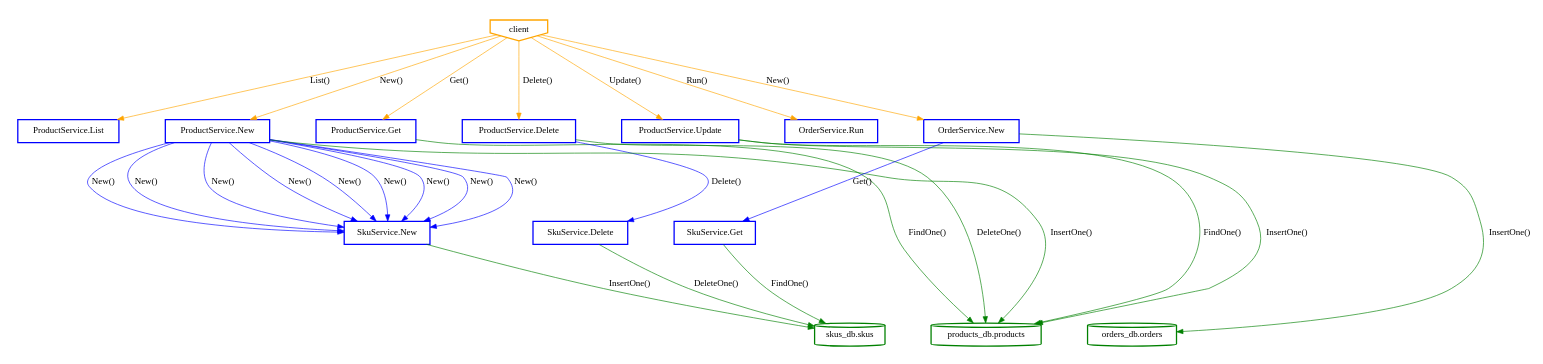
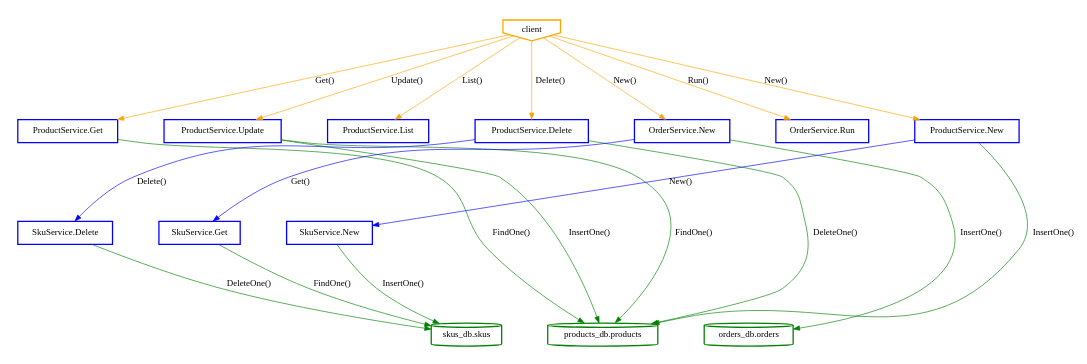
Before and after one commit to aletheia-microservices/aletheia: the diagram in ssa_analysis/analyzer/output/digota/abstractcallgraph.dot, drawn with Graphviz. The commit also changed 95 other files, not shown here.

```diff
--- a/ssa_analysis/analyzer/output/digota/abstractcallgraph.dot
+++ b/ssa_analysis/analyzer/output/digota/abstractcallgraph.dot
@@ -1,55 +1,47 @@
 digraph G {
 	rankdir=TD;
 	ranksep=1.5;
 	nodesep=1;
 	subgraph cluster_clients {
 		style=invis;
 		N_client [label="client", style=bold, shape=invhouse, color="orange"];
 	}
 	subgraph cluster_services {
 		style=invis;
 		N_ProductService_Get [label="ProductService.Get", style=bold, shape=box, color="blue"];
+		N_ProductService_Update [label="ProductService.Update", style=bold, shape=box, color="blue"];
+		N_SkuService_New [label="SkuService.New", style=bold, shape=box, color="blue"];
 		N_ProductService_List [label="ProductService.List", style=bold, shape=box, color="blue"];
 		N_ProductService_Delete [label="ProductService.Delete", style=bold, shape=box, color="blue"];
+		N_OrderService_New [label="OrderService.New", style=bold, shape=box, color="blue"];
 		N_SkuService_Get [label="SkuService.Get", style=bold, shape=box, color="blue"];
-		N_ProductService_New [label="ProductService.New", style=bold, shape=box, color="blue"];
-		N_SkuService_New [label="SkuService.New", style=bold, shape=box, color="blue"];
-		N_ProductService_Update [label="ProductService.Update", style=bold, shape=box, color="blue"];
 		N_OrderService_Run [label="OrderService.Run", style=bold, shape=box, color="blue"];
 		N_SkuService_Delete [label="SkuService.Delete", style=bold, shape=box, color="blue"];
-		N_OrderService_New [label="OrderService.New", style=bold, shape=box, color="blue"];
+		N_ProductService_New [label="ProductService.New", style=bold, shape=box, color="blue"];
 	}
 	subgraph cluster_databases {
 		style=invis;
+		N_skus_db_skus [label="skus_db.skus", style=bold, shape=cylinder, color="green"];
+		N_orders_db_orders [label="orders_db.orders", style=bold, shape=cylinder, color="green"];
 		N_products_db_products [label="products_db.products", style=bold, shape=cylinder, color="green"];
-		N_orders_db_orders [label="orders_db.orders", style=bold, shape=cylinder, color="green"];
-		N_skus_db_skus [label="skus_db.skus", style=bold, shape=cylinder, color="green"];
 	}
 	N_client -> N_OrderService_New [label="New()", color=orange];
 	N_OrderService_New -> N_SkuService_Get [label="Get()", color=blue];
 	N_OrderService_New -> N_orders_db_orders [label="InsertOne()", color=green];
 	N_SkuService_Get -> N_skus_db_skus [label="FindOne()", color=green];
 	N_client -> N_OrderService_Run [label="Run()", color=orange];
 	N_client -> N_ProductService_New [label="New()", color=orange];
-	N_ProductService_New -> N_SkuService_New [label="New()", color=blue];
-	N_ProductService_New -> N_SkuService_New [label="New()", color=blue];
-	N_ProductService_New -> N_SkuService_New [label="New()", color=blue];
-	N_ProductService_New -> N_SkuService_New [label="New()", color=blue];
-	N_ProductService_New -> N_SkuService_New [label="New()", color=blue];
-	N_ProductService_New -> N_SkuService_New [label="New()", color=blue];
-	N_ProductService_New -> N_SkuService_New [label="New()", color=blue];
-	N_ProductService_New -> N_SkuService_New [label="New()", color=blue];
 	N_ProductService_New -> N_products_db_products [label="InsertOne()", color=green];
 	N_ProductService_New -> N_SkuService_New [label="New()", color=blue];
 	N_SkuService_New -> N_skus_db_skus [label="InsertOne()", color=green];
 	N_client -> N_ProductService_Get [label="Get()", color=orange];
 	N_ProductService_Get -> N_products_db_products [label="FindOne()", color=green];
 	N_client -> N_ProductService_List [label="List()", color=orange];
 	N_client -> N_ProductService_Update [label="Update()", color=orange];
 	N_ProductService_Update -> N_products_db_products [label="FindOne()", color=green];
 	N_ProductService_Update -> N_products_db_products [label="InsertOne()", color=green];
 	N_client -> N_ProductService_Delete [label="Delete()", color=orange];
 	N_ProductService_Delete -> N_products_db_products [label="DeleteOne()", color=green];
 	N_ProductService_Delete -> N_SkuService_Delete [label="Delete()", color=blue];
 	N_SkuService_Delete -> N_skus_db_skus [label="DeleteOne()", color=green];
 }
```
